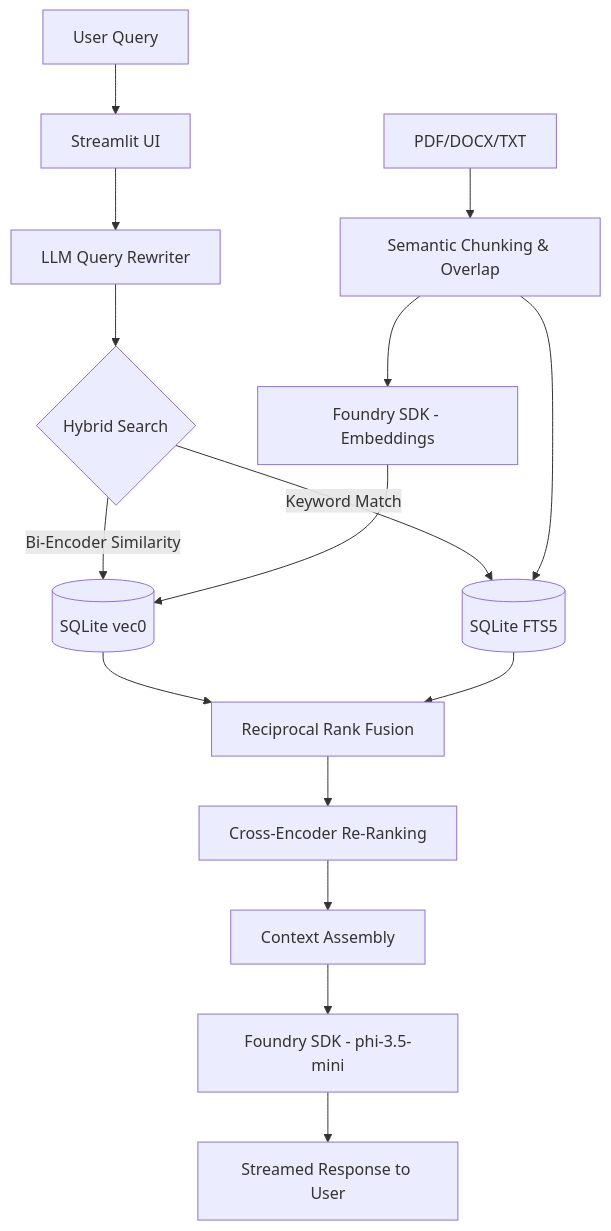
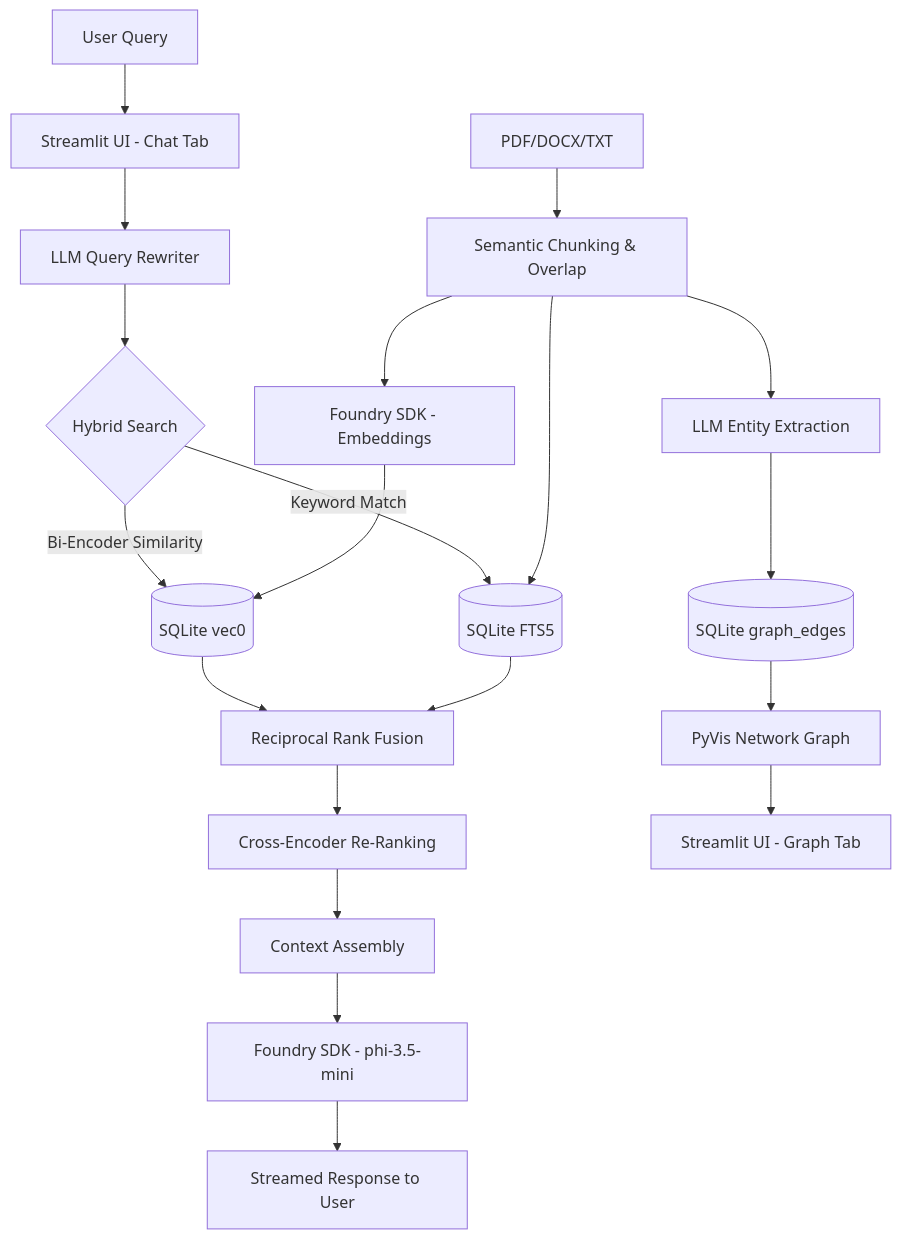
Before and after one commit to iamsevval/foundry-local-rag-assistant: the diagram in README.md, drawn with Mermaid. The commit also changed other lines of this file, not shown here.

Commit message:
docs: Update README with Graph-RAG architecture and feature list

````diff
--- a/README.md
+++ b/README.md
@@ -23,19 +26,24 @@
 ```mermaid
 graph TD
-    A[User Query] --> B[Streamlit UI]
+    A[User Query] --> B[Streamlit UI - Chat Tab]
     B --> Q[LLM Query Rewriter]
     Q --> C{Hybrid Search}
     C -->|Bi-Encoder Similarity| D[(SQLite vec0)]
     C -->|Keyword Match| E[(SQLite FTS5)]
     D --> F[Reciprocal Rank Fusion]
     E --> F
     F --> R[Cross-Encoder Re-Ranking]
     R --> G[Context Assembly]
     G --> H[Foundry SDK - phi-3.5-mini]
     H --> I[Streamed Response to User]
     
     J[PDF/DOCX/TXT] --> K[Semantic Chunking & Overlap]
     K --> L[Foundry SDK - Embeddings]
     L --> D
     K --> E
+    
+    K --> M[LLM Entity Extraction]
+    M --> N[(SQLite graph_edges)]
+    N --> P[PyVis Network Graph]
+    P --> O[Streamlit UI - Graph Tab]
 ```
````
